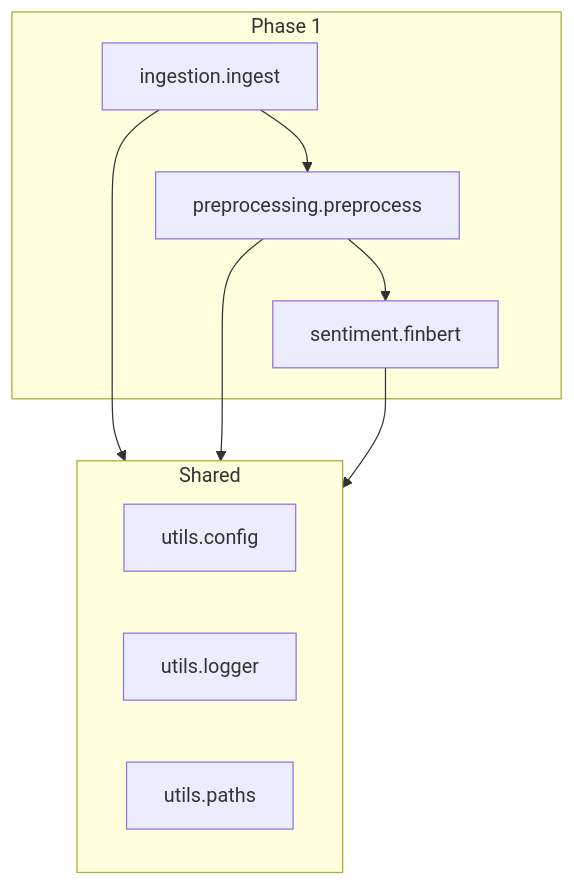
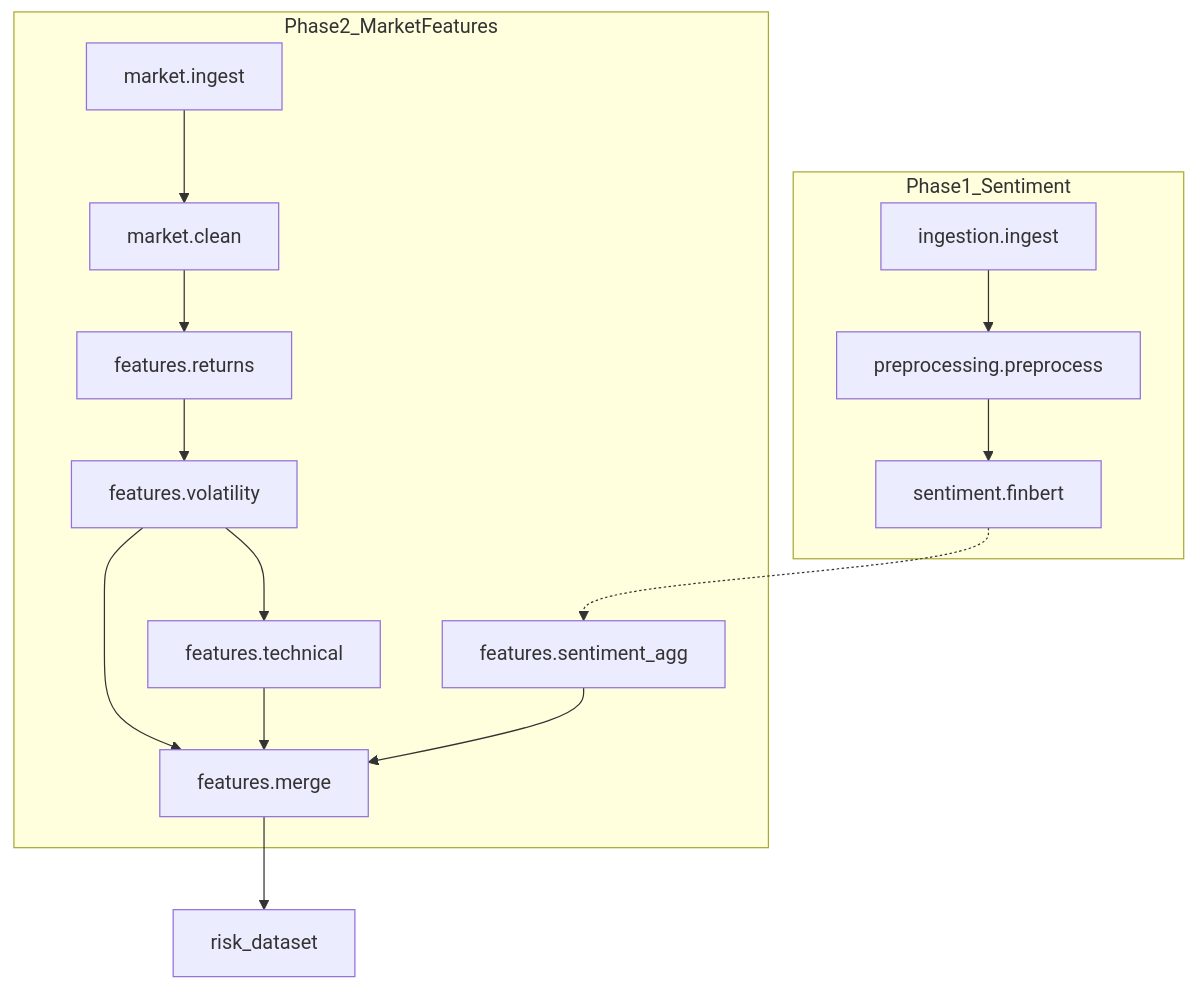
The diagram in docs/architecture.md (R1G12/ai-quant-risk-engine), drawn with Mermaid before and after one commit. The commit also changed other lines of this file and 71 other files, not shown here.

````diff
--- a/docs/architecture.md
+++ b/docs/architecture.md
@@ -7,17 +7,24 @@
 ```mermaid
 flowchart TB
-  subgraph phase1 [Phase 1]
+  subgraph phase1 [Phase1_Sentiment]
     ingest[ingestion.ingest]
     preprocess[preprocessing.preprocess]
     sentiment[sentiment.finbert]
     ingest --> preprocess --> sentiment
   end
-  subgraph utils [Shared]
-    config[utils.config]
-    logger[utils.logger]
-    paths[utils.paths]
+  subgraph phase2 [Phase2_MarketFeatures]
+    mIngest[market.ingest]
+    mClean[market.clean]
+    returns[features.returns]
+    volFeat[features.volatility]
+    techFeat[features.technical]
+    sentFeat[features.sentiment_agg]
+    merge[features.merge]
+    mIngest --> mClean --> returns --> volFeat --> techFeat
+    sentiment -.-> sentFeat
+    volFeat --> merge
+    techFeat --> merge
+    sentFeat --> merge
   end
-  ingest --> utils
-  preprocess --> utils
-  sentiment --> utils
+  merge --> riskOut[risk_dataset]
 ```
````
